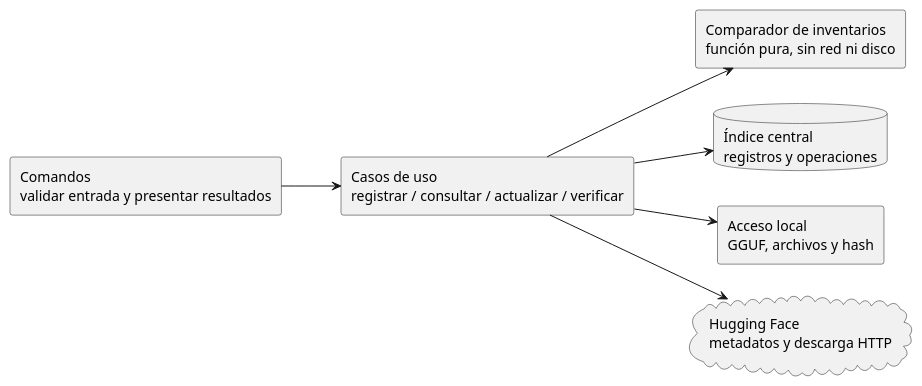
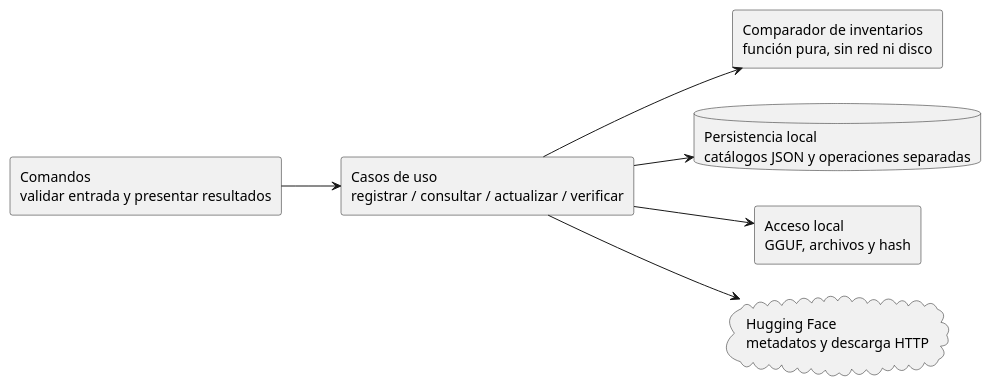
One commit to mstranich/coquena changed the first of 2 diagrams in docs/implementacion-catalogo-modelos.md. Above: the diagram before and after it, drawn with PlantUML. The commit also changed other lines of this file and 11 other files, not shown here.

````diff
--- a/docs/implementacion-catalogo-modelos.md
+++ b/docs/implementacion-catalogo-modelos.md
@@ -26,16 +27,16 @@
 ```plantuml
 @startuml
 left to right direction
 rectangle "Comandos\nvalidar entrada y presentar resultados" as CLI
 rectangle "Casos de uso\nregistrar / consultar / actualizar / verificar" as UC
 rectangle "Comparador de inventarios\nfunción pura, sin red ni disco" as CMP
-database "Índice central\nregistros y operaciones" as IDX
+database "Persistencia local\ncatálogos JSON y operaciones separadas" as IDX
 rectangle "Acceso local\nGGUF, archivos y hash" as FS
 cloud "Hugging Face\nmetadatos y descarga HTTP" as HF
 CLI --> UC
 UC --> CMP
 UC --> IDX
 UC --> FS
 UC --> HF
 @enduml
 ```
````
